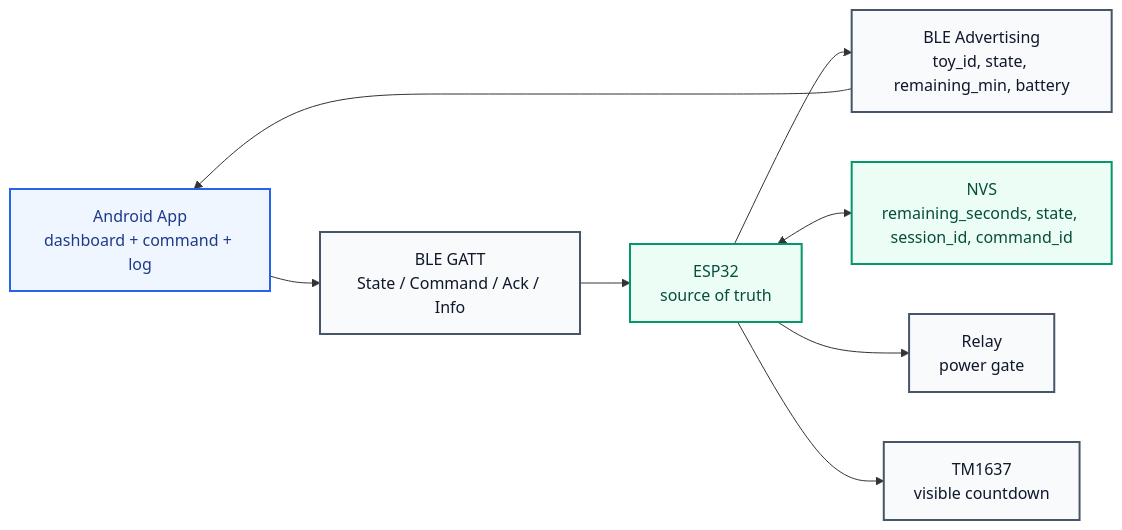
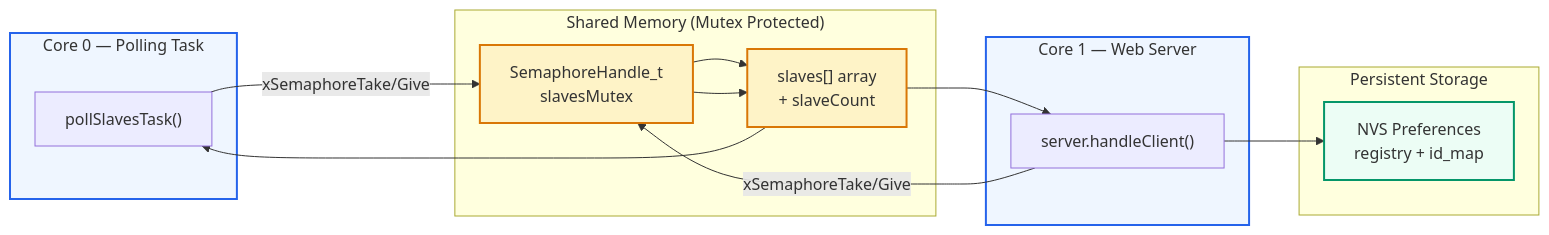
Before and after one commit to trefeon/excavator-rental-timer: the seventh of 7 diagrams in docs/MERMAID_DIAGRAMS.md, drawn with Mermaid. The commit also changed other lines of this file and 12 other files, not shown here.

Commit message:
feat: migrate from BLE direct to Wi-Fi Master-Slave architecture for excavator rental timer module

````diff
--- a/docs/MERMAID_DIAGRAMS.md
+++ b/docs/MERMAID_DIAGRAMS.md
@@ -193,24 +199,33 @@
 ```mermaid
 flowchart LR
-  app["Android App<br/>dashboard + command + log"]
-  adv["BLE Advertising<br/>toy_id, state, remaining_min, battery"]
-  gatt["BLE GATT<br/>State / Command / Ack / Info"]
-  esp["ESP32<br/>source of truth"]
-  nvs["NVS<br/>remaining_seconds, state, session_id, command_id"]
-  relay["Relay<br/>power gate"]
-  display["TM1637<br/>visible countdown"]
+  subgraph core0["Core 0 — Polling Task"]
+    pollTask["pollSlavesTask()"]
+  end
 
-  esp --> adv --> app
-  app --> gatt --> esp
-  esp <--> nvs
-  esp --> relay
-  esp --> display
+  subgraph core1["Core 1 — Web Server"]
+    webServer["server.handleClient()"]
+  end
 
-  classDef appClass fill:#eff6ff,stroke:#2563eb,stroke-width:2px,color:#1e3a8a;
-  classDef espClass fill:#ecfdf5,stroke:#059669,stroke-width:2px,color:#064e3b;
-  classDef ioClass fill:#f8fafc,stroke:#475569,stroke-width:2px,color:#0f172a;
+  subgraph shared["Shared Memory (Mutex Protected)"]
+    mutex["SemaphoreHandle_t<br/>slavesMutex"]
+    data["slaves[] array<br/>+ slaveCount"]
+  end
 
-  class app appClass;
-  class esp,nvs espClass;
-  class adv,gatt,relay,display ioClass;
+  subgraph persistent["Persistent Storage"]
+    nvs["NVS Preferences<br/>registry + id_map"]
+  end
+
+  pollTask -- "xSemaphoreTake/Give" --> mutex --> data
+  webServer -- "xSemaphoreTake/Give" --> mutex --> data
+  webServer --> nvs
+  data --> pollTask
+  data --> webServer
+
+  classDef core fill:#eff6ff,stroke:#2563eb,stroke-width:2px
+  classDef shared fill:#fef3c7,stroke:#d97706,stroke-width:2px
+  classDef store fill:#ecfdf5,stroke:#059669,stroke-width:2px
+
+  class core0,core1 core
+  class mutex,data shared
+  class nvs store
 ```
````
